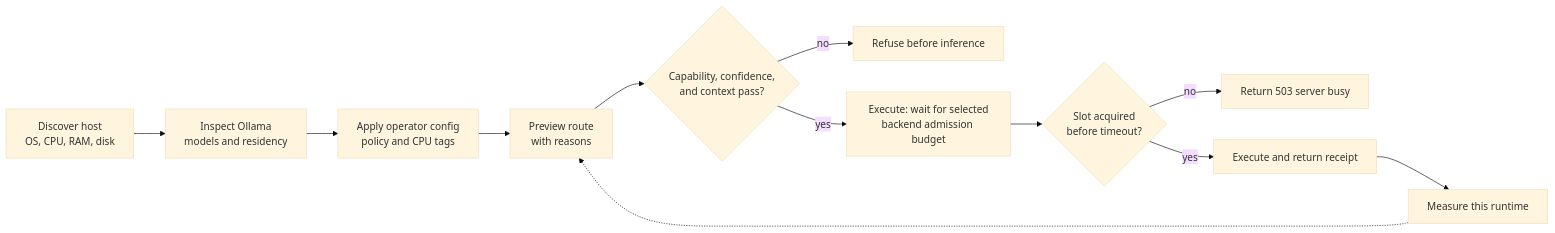
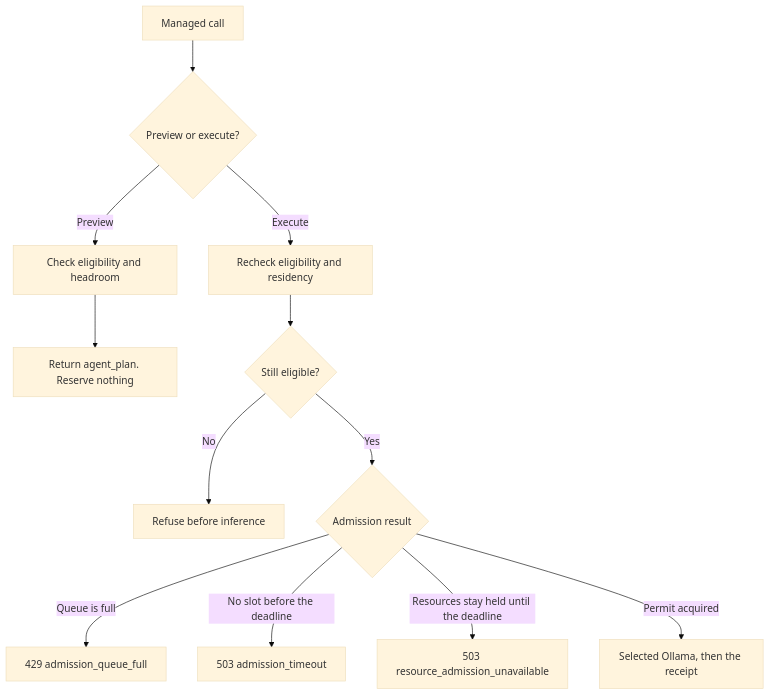
The fourth of 4 diagrams in README.md (bgauryy/FreeLlama), drawn with Mermaid (base theme) before and after one commit. The commit also changed other lines of this file and 125 other files, not shown here.

````diff
--- a/README.md
+++ b/README.md
@@ -577,14 +578,14 @@
 ```mermaid
-flowchart LR
-    H["Discover host<br/>OS, CPU, RAM, disk"] --> O["Inspect Ollama<br/>models and residency"]
-    O --> C["Apply operator config<br/>policy and CPU tags"]
-    C --> P["Preview route<br/>with reasons"]
-    P --> X{"Capability, confidence,<br/>and context pass?"}
-    X -->|"no"| N["Refuse before inference"]
-    X -->|"yes"| A["Execute: wait for selected<br/>backend admission budget"]
-    A --> Q{"Slot acquired<br/>before timeout?"}
-    Q -->|"no"| BUSY["Return 503 server busy"]
-    Q -->|"yes"| E["Execute and return receipt"]
-    E --> F["Measure this runtime"]
-    F -.-> P
+flowchart TD
+    CALL["Managed call"] --> MODE{"Preview or execute?"}
+    MODE -->|"Preview"| PLAN["Check eligibility and headroom"]
+    PLAN --> ADVICE["Return agent_plan. Reserve nothing"]
+    MODE -->|"Execute"| RECHECK["Recheck eligibility and residency"]
+    RECHECK --> FIT{"Still eligible?"}
+    FIT -->|"No"| STOP["Refuse before inference"]
+    FIT -->|"Yes"| ADM{"Admission result"}
+    ADM -->|"Queue is full"| FULL["429 admission_queue_full"]
+    ADM -->|"No slot before the deadline"| TIME["503 admission_timeout"]
+    ADM -->|"Resources stay held until the deadline"| HOLD["503 resource_admission_unavailable"]
+    ADM -->|"Permit acquired"| RUN["Selected Ollama, then the receipt"]
 ```
````
